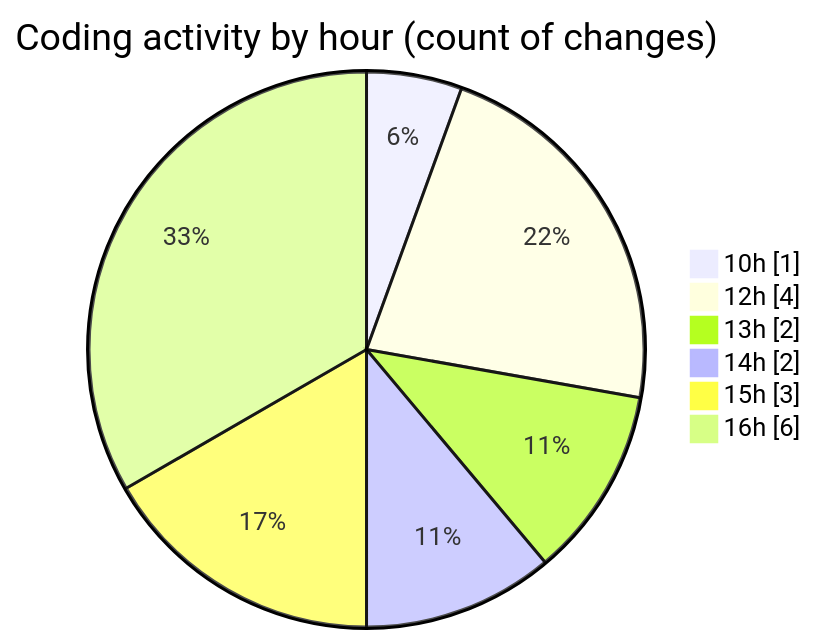
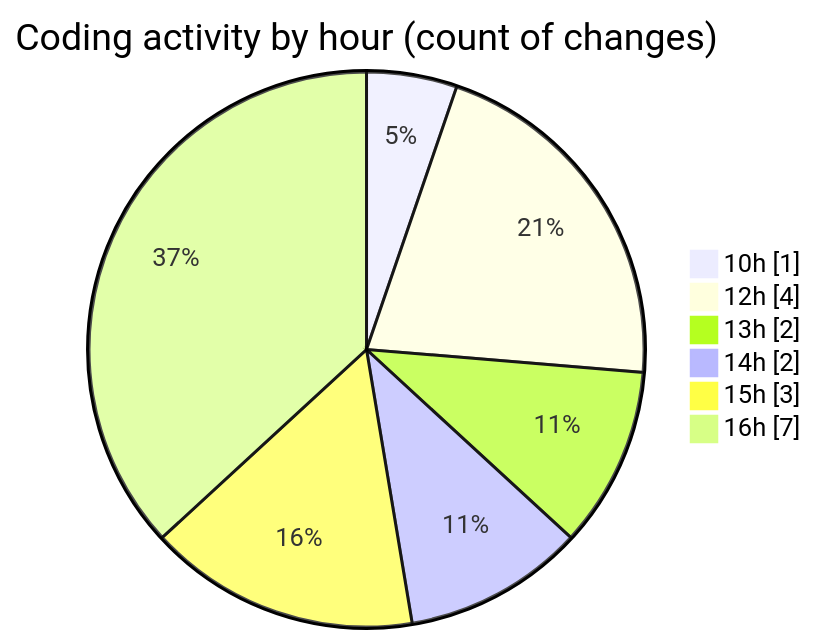
One commit to Ritupan-Deka/code-tracking changed the second of 2 diagrams in 2025-07-09/urlwebwala_intership_work/README.md. Above: the diagram before and after it, drawn with Mermaid. The commit also changed other lines of this file and 1 other file, not shown here.

````diff
--- a/2025-07-09/urlwebwala_intership_work/README.md
+++ b/2025-07-09/urlwebwala_intership_work/README.md
@@ -28,10 +28,10 @@
 ```mermaid
 pie showData
 title Coding activity by hour (count of changes)
 "10h" : 1
 "12h" : 4
 "13h" : 2
 "14h" : 2
 "15h" : 3
-"16h" : 6
+"16h" : 7
 ```
````
